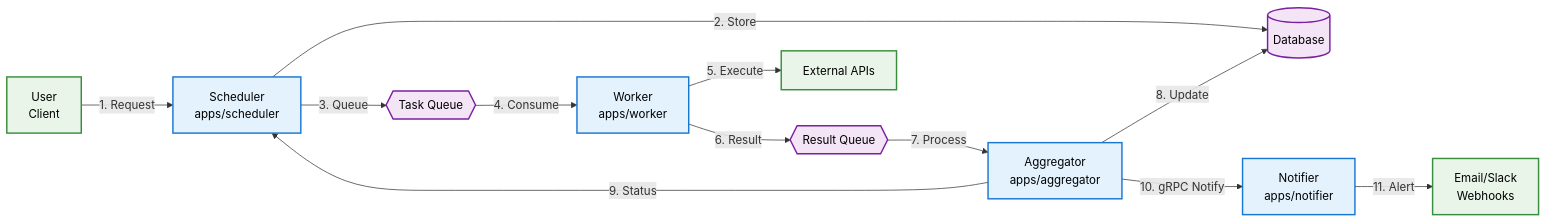
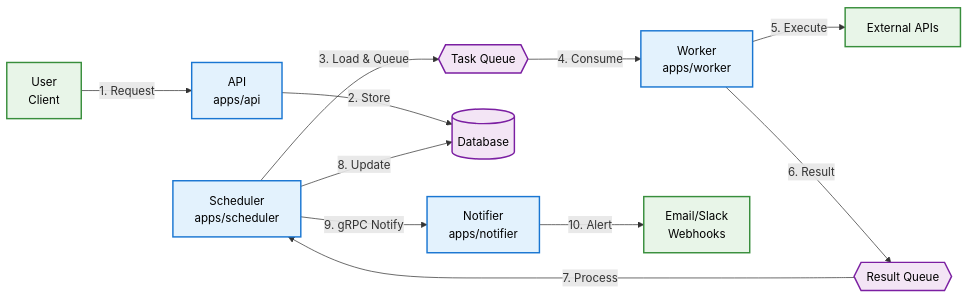
The first of 2 diagrams in README.md (Hhacel/TaskFlow), drawn with Mermaid before and after one commit. The commit also changed other lines of this file and 28 other files, not shown here.

````diff
--- a/README.md
+++ b/README.md
@@ -14,47 +14,46 @@
 ```mermaid
 flowchart LR
     %% Row 1: User Input
     User["User<br/>Client"] 
     
-    %% Row 2: Scheduler
-    SCH["Scheduler<br/>apps/scheduler"]
+    %% Row 2: API
+    API["API<br/>apps/api"]
     
     %% Row 3: Core Services (horizontal alignment)
-    AGG["Aggregator<br/>apps/aggregator"]
+    SCH["Scheduler<br/>apps/scheduler"]
     NOT["Notifier<br/>apps/notifier"]
     
     %% Row 4: Worker
     WRK["Worker<br/>apps/worker"]
     
     %% Row 5: External
     External["External APIs"]
     Email["Email/Slack<br/>Webhooks"]
     
     %% Data Layer (bottom row)
     DB[("Database")]
     MQ_Task{{"Task Queue"}}
     MQ_Result{{"Result Queue"}}
 
     %% Main Flow (numbered for clarity)
-    User -->|"1. Request"| SCH
-    SCH -->|"2. Store"| DB
-    SCH -->|"3. Queue"| MQ_Task
+    User -->|"1. Request"| API
+    API -->|"2. Store"| DB
+    SCH -->|"3. Load & Queue"| MQ_Task
     MQ_Task -->|"4. Consume"| WRK
     WRK -->|"5. Execute"| External
     WRK -->|"6. Result"| MQ_Result
-    MQ_Result -->|"7. Process"| AGG
-    AGG -->|"8. Update"| DB
-    AGG -->|"9. Status"| SCH
-    AGG -->|"10. gRPC Notify"| NOT
-    NOT -->|"11. Alert"| Email
+    MQ_Result -->|"7. Process"| SCH
+    SCH -->|"8. Update"| DB
+    SCH -->|"9. gRPC Notify"| NOT
+    NOT -->|"10. Alert"| Email
 
     %% Styling
     classDef service fill:#e3f2fd,stroke:#1976d2,stroke-width:2px,color:#000000
     classDef data fill:#f3e5f5,stroke:#7b1fa2,stroke-width:2px,color:#000000
     classDef external fill:#e8f5e8,stroke:#388e3c,stroke-width:2px,color:#000000
     classDef support fill:#fff3e0,stroke:#f57c00,stroke-width:2px,color:#000000
     
-    class SCH,AGG,NOT,WRK service
+    class API,SCH,NOT,WRK service
     class DB,MQ_Task,MQ_Result data
     class User,External,Email external
 ```
````
